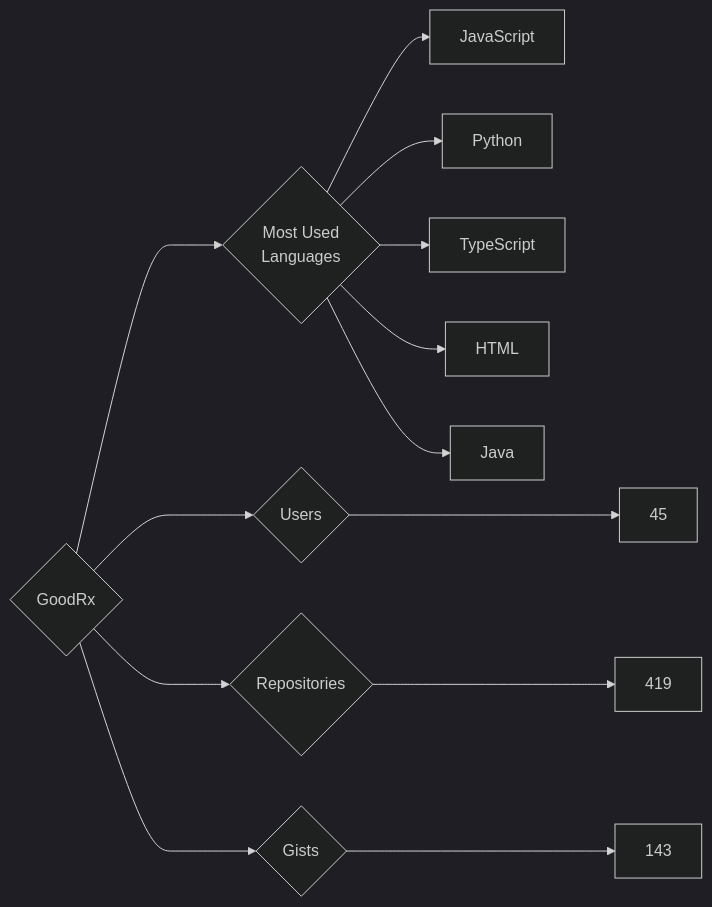
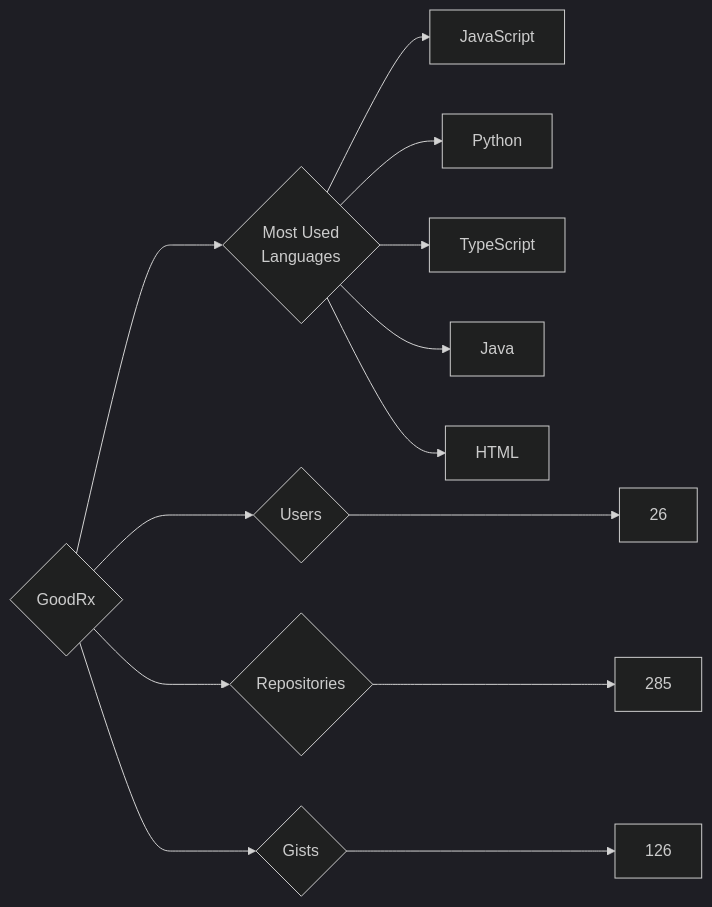
The diagram in targets/GoodRx/README.md (trickest/insiders), drawn with Mermaid (dark theme) before and after one commit. The commit also changed 935 other files, not shown here.

````diff
--- a/targets/GoodRx/README.md
+++ b/targets/GoodRx/README.md
@@ -3,13 +3,13 @@
 ```mermaid
 graph LR
 COMPANY_NAME{GoodRx}
-COMPANY_NAME ---> U{Users} ---> UN[45]
-COMPANY_NAME ---> R{Repositories} ---> RN[419]
-COMPANY_NAME ---> G{Gists} ---> GN[143]
+COMPANY_NAME ---> U{Users} ---> UN[26]
+COMPANY_NAME ---> R{Repositories} ---> RN[285]
+COMPANY_NAME ---> G{Gists} ---> GN[126]
 COMPANY_NAME ---> ML{Most Used<br>Languages}
 ML --> JavaScript[JavaScript]
 ML --> Python[Python]
 ML --> TypeScript[TypeScript]
+ML --> Java[Java]
 ML --> HTML[HTML]
-ML --> Java[Java]
 ```
````
